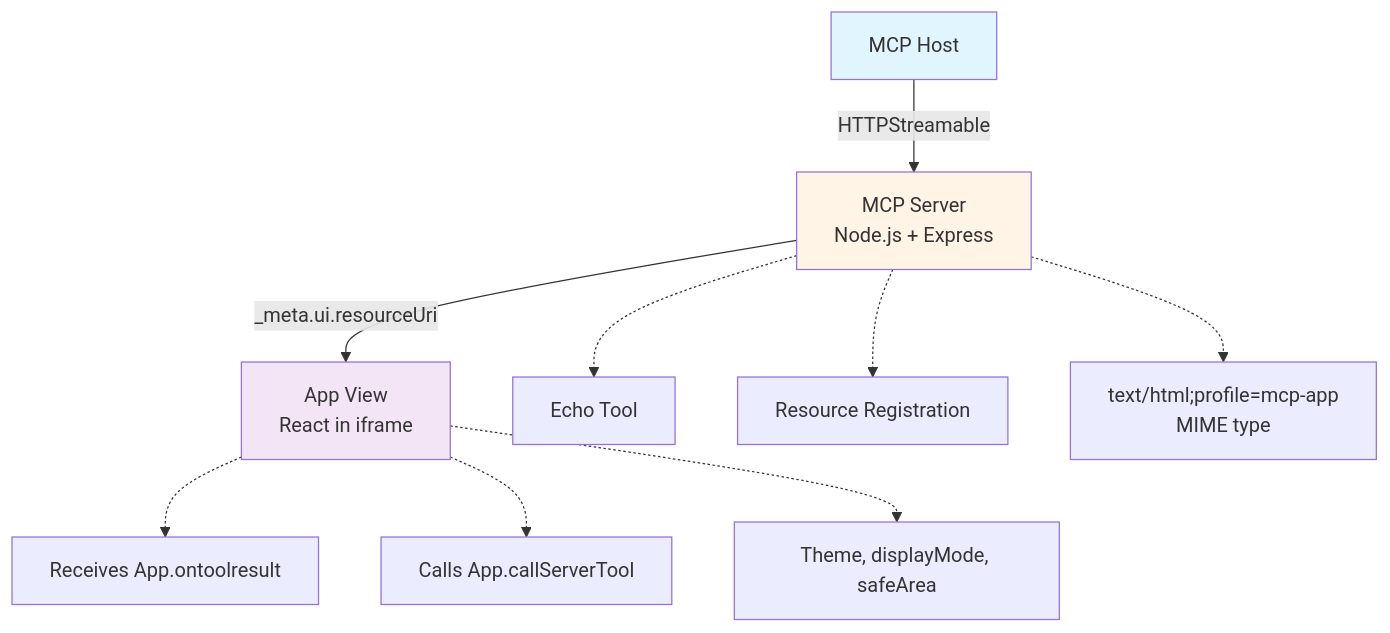
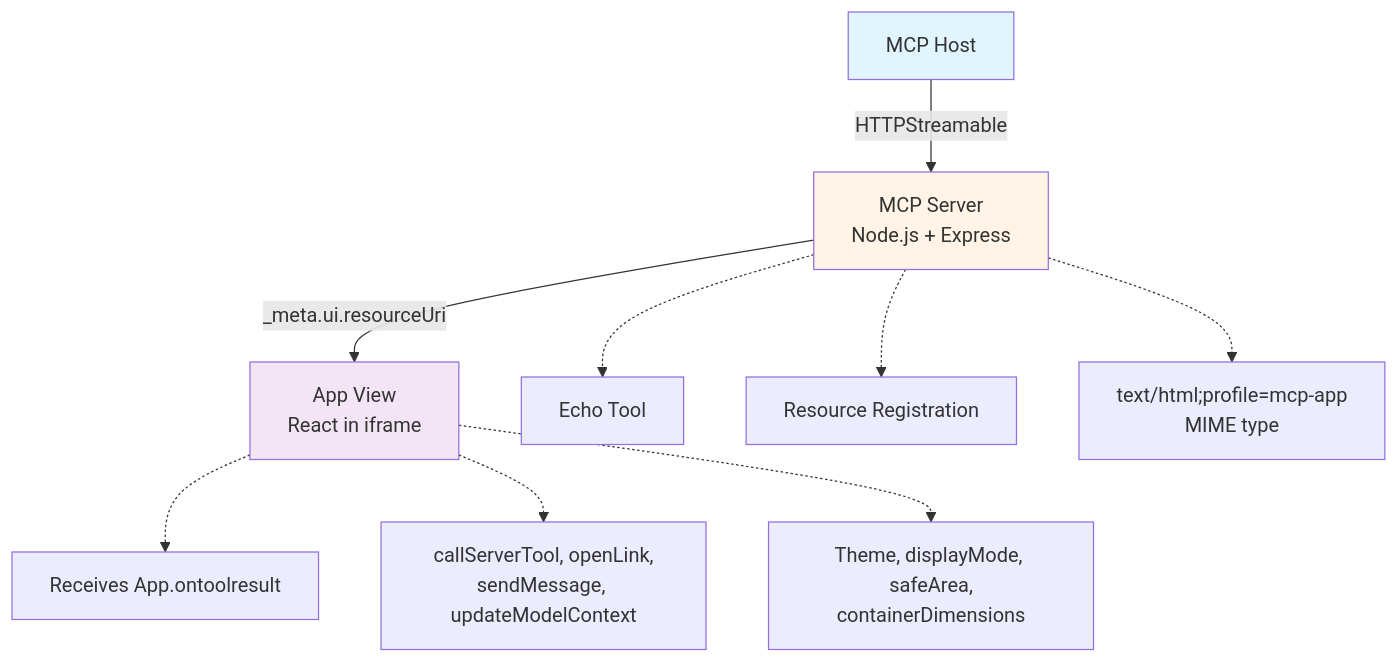
Before and after one commit to pomerium/chatgpt-app-typescript-template: the diagram in README.md, drawn with Mermaid. The commit also changed other lines of this file and 1 other file, not shown here.

First line of the commit message:
docs: document MCP Apps features added in mcp-app-compat branch

````diff
--- a/README.md
+++ b/README.md
@@ -21,17 +27,17 @@
 ```mermaid
 graph TD
     A[MCP Host] -->|HTTPStreamable| B[MCP Server<br/>Node.js + Express]
     B -->|_meta.ui.resourceUri| C[App View<br/>React in iframe]
 
     B -.-> B1[Echo Tool]
     B -.-> B2[Resource Registration]
     B -.-> B3[text/html;profile=mcp-app<br/>MIME type]
 
     C -.-> C1[Receives App.ontoolresult]
-    C -.-> C2[Calls App.callServerTool]
-    C -.-> C3[Theme, displayMode, safeArea]
+    C -.-> C2[callServerTool, openLink,<br/>sendMessage, updateModelContext]
+    C -.-> C3[Theme, displayMode, safeArea,<br/>containerDimensions]
 
     style A fill:#e1f5ff
     style B fill:#fff4e6
     style C fill:#f3e5f5
 ```
````
